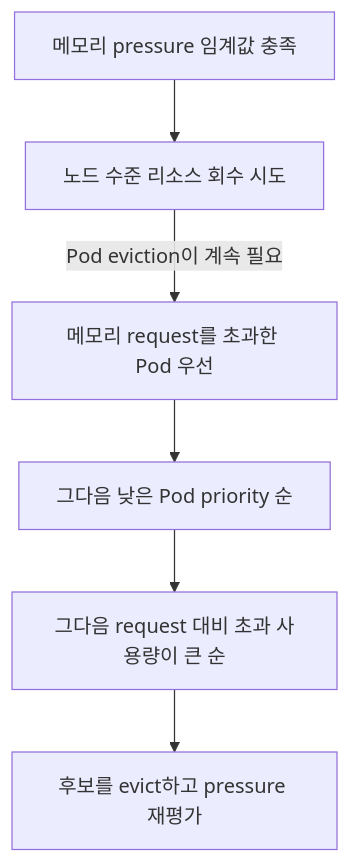
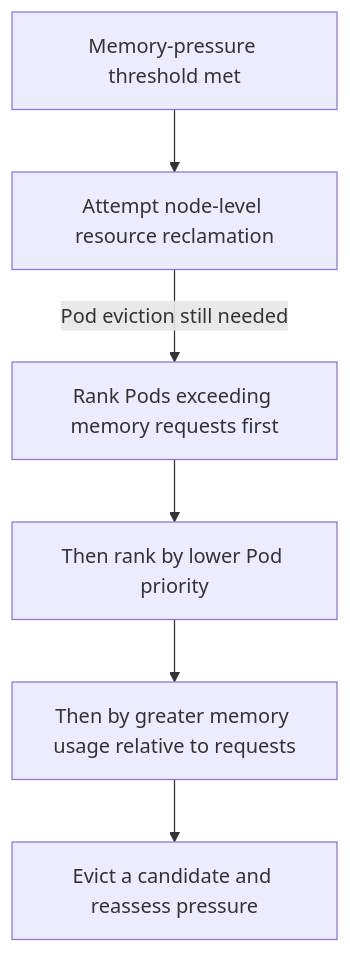
One commit to devfloor9/engineering-playbook changed the fourth of 12 diagrams in docs/eks-best-practices/operations-reliability/eks-pod-scheduling-availability.md. Above: the diagram before and after it, drawn with Mermaid. The commit also changed other lines of this file and 954 other files, not shown here.

````diff
--- a/docs/eks-best-practices/operations-reliability/eks-pod-scheduling-availability.md
+++ b/docs/eks-best-practices/operations-reliability/eks-pod-scheduling-availability.md
@@ -2509,14 +2512,14 @@
 ```mermaid
 flowchart TD
-    A["메모리 pressure 임계값 충족"]
-    B["노드 수준 리소스 회수 시도"]
-    C["메모리 request를 초과한 Pod 우선"]
-    D["그다음 낮은 Pod priority 순"]
-    E["그다음 request 대비 초과 사용량이 큰 순"]
-    F["후보를 evict하고 pressure 재평가"]
+    A["Memory-pressure threshold met"]
+    B["Attempt node-level resource reclamation"]
+    C["Rank Pods exceeding memory requests first"]
+    D["Then rank by lower Pod priority"]
+    E["Then by greater memory usage relative to requests"]
+    F["Evict a candidate and reassess pressure"]
     A --> B
-    B -->|Pod eviction이 계속 필요| C
+    B -->|Pod eviction still needed| C
     C --> D
     D --> E
     E --> F
 ```
````
